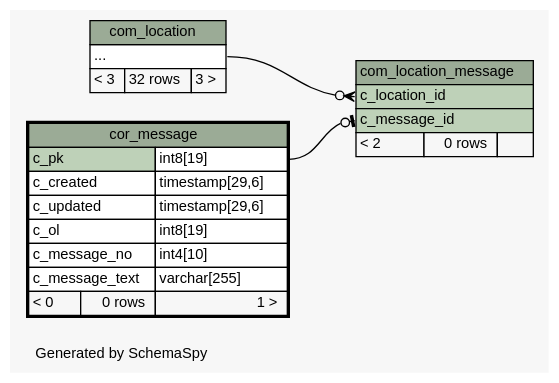
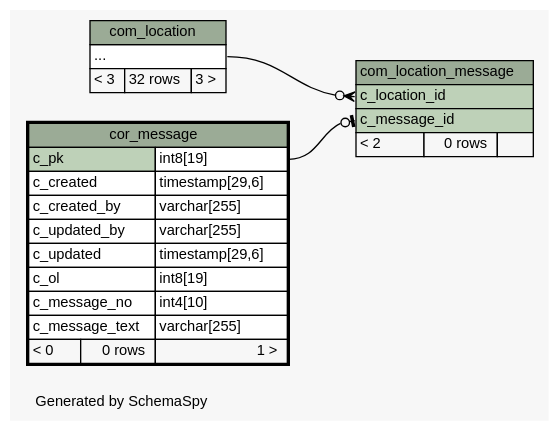
Before and after one commit to openwms/org.openwms.common.service.lib: the diagram in 2.0.0-SNAPSHOT/schemaspy/diagrams/cor_message.2degrees.dot, drawn with Graphviz. The commit also changed 531 other files, not shown here.

```diff
--- a/2.0.0-SNAPSHOT/schemaspy/diagrams/cor_message.2degrees.dot
+++ b/2.0.0-SNAPSHOT/schemaspy/diagrams/cor_message.2degrees.dot
@@ -1,60 +1,62 @@
-// dot 2.43.0 on Linux 5.13.0-1022-azure
+// dot 2.43.0 on Linux 5.13.0-1023-azure
 // SchemaSpy rev Unknown
 digraph "twoDegreesRelationshipsDiagram" {
   graph [
     rankdir="RL"
     bgcolor="#f7f7f7"
     label="\nGenerated by SchemaSpy"
     labeljust="l"
     nodesep="0.18"
     ranksep="0.46"
     fontname="Helvetica"
     fontsize="11"
   ];
   node [
     fontname="Helvetica"
     fontsize="11"
     shape="plaintext"
   ];
   edge [
     arrowsize="0.8"
   ];
   "com_location_message":"c_location_id":w -> "com_location":"elipses":e [arrowhead=none dir=back arrowtail=crowodot];
   "com_location_message":"c_message_id":w -> "cor_message":"c_pk.type":e [arrowhead=none dir=back arrowtail=teeodot];
   "com_location" [
     label=<
     <TABLE BORDER="0" CELLBORDER="1" CELLSPACING="0" BGCOLOR="#ffffff">
       <TR><TD COLSPAN="3" BGCOLOR="#9bab96" ALIGN="CENTER">com_location</TD></TR>
       <TR><TD PORT="elipses" COLSPAN="3" ALIGN="LEFT">...</TD></TR>
       <TR><TD ALIGN="LEFT" BGCOLOR="#f7f7f7">&lt; 3</TD><TD ALIGN="RIGHT" BGCOLOR="#f7f7f7">32 rows</TD><TD ALIGN="RIGHT" BGCOLOR="#f7f7f7">3 &gt;</TD></TR>
     </TABLE>>
     URL="com_location.html"
     tooltip="com_location"
   ];
   "com_location_message" [
     label=<
     <TABLE BORDER="0" CELLBORDER="1" CELLSPACING="0" BGCOLOR="#ffffff">
       <TR><TD COLSPAN="3" BGCOLOR="#9bab96" ALIGN="CENTER">com_location_message</TD></TR>
       <TR><TD PORT="c_location_id" COLSPAN="3" BGCOLOR="#bed1b8" ALIGN="LEFT">c_location_id</TD></TR>
       <TR><TD PORT="c_message_id" COLSPAN="3" BGCOLOR="#bed1b8" ALIGN="LEFT">c_message_id</TD></TR>
       <TR><TD ALIGN="LEFT" BGCOLOR="#f7f7f7">&lt; 2</TD><TD ALIGN="RIGHT" BGCOLOR="#f7f7f7">0 rows</TD><TD ALIGN="RIGHT" BGCOLOR="#f7f7f7">  </TD></TR>
     </TABLE>>
     URL="com_location_message.html"
     tooltip="com_location_message"
   ];
   "cor_message" [
     label=<
     <TABLE BORDER="2" CELLBORDER="1" CELLSPACING="0" BGCOLOR="#ffffff">
       <TR><TD COLSPAN="3" BGCOLOR="#9bab96" ALIGN="CENTER">cor_message</TD></TR>
       <TR><TD PORT="c_pk" COLSPAN="2" BGCOLOR="#bed1b8" ALIGN="LEFT">c_pk</TD><TD PORT="c_pk.type" ALIGN="LEFT">int8[19]</TD></TR>
       <TR><TD PORT="c_created" COLSPAN="2" ALIGN="LEFT">c_created</TD><TD PORT="c_created.type" ALIGN="LEFT">timestamp[29,6]</TD></TR>
+      <TR><TD PORT="c_created_by" COLSPAN="2" ALIGN="LEFT">c_created_by</TD><TD PORT="c_created_by.type" ALIGN="LEFT">varchar[255]</TD></TR>
+      <TR><TD PORT="c_updated_by" COLSPAN="2" ALIGN="LEFT">c_updated_by</TD><TD PORT="c_updated_by.type" ALIGN="LEFT">varchar[255]</TD></TR>
       <TR><TD PORT="c_updated" COLSPAN="2" ALIGN="LEFT">c_updated</TD><TD PORT="c_updated.type" ALIGN="LEFT">timestamp[29,6]</TD></TR>
       <TR><TD PORT="c_ol" COLSPAN="2" ALIGN="LEFT">c_ol</TD><TD PORT="c_ol.type" ALIGN="LEFT">int8[19]</TD></TR>
       <TR><TD PORT="c_message_no" COLSPAN="2" ALIGN="LEFT">c_message_no</TD><TD PORT="c_message_no.type" ALIGN="LEFT">int4[10]</TD></TR>
       <TR><TD PORT="c_message_text" COLSPAN="2" ALIGN="LEFT">c_message_text</TD><TD PORT="c_message_text.type" ALIGN="LEFT">varchar[255]</TD></TR>
       <TR><TD ALIGN="LEFT" BGCOLOR="#f7f7f7">&lt; 0</TD><TD ALIGN="RIGHT" BGCOLOR="#f7f7f7">0 rows</TD><TD ALIGN="RIGHT" BGCOLOR="#f7f7f7">1 &gt;</TD></TR>
     </TABLE>>
     URL="cor_message.html"
     tooltip="cor_message"
   ];
 }
```
